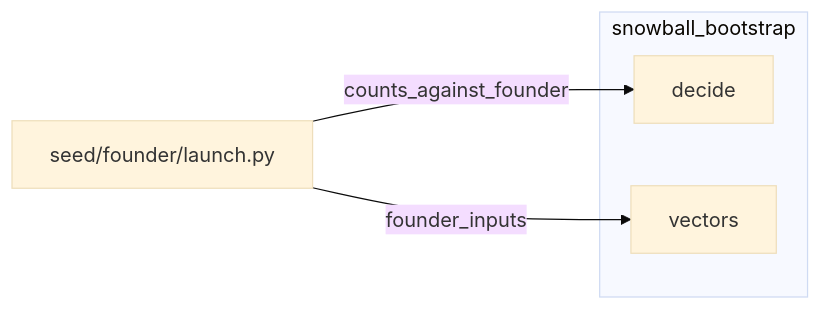
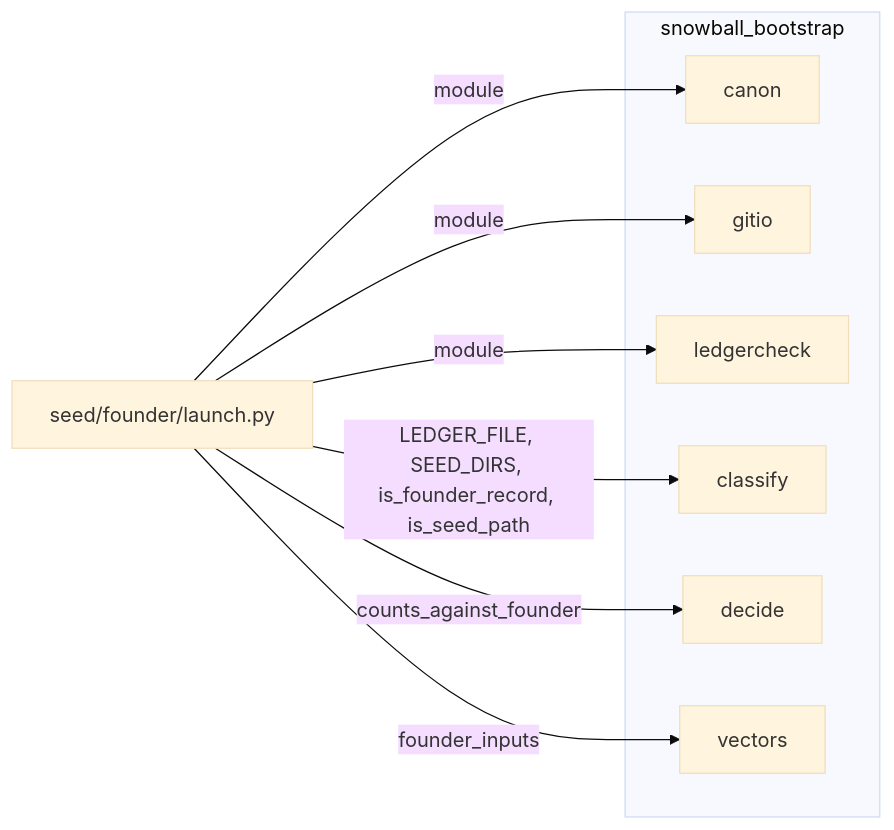
Before and after one commit to Okan-wqm/snowball-mcp: the eighth of 8 diagrams in docs/harita.md, drawn with Mermaid (base theme). The commit also changed other lines of this file and 11 other files, not shown here.

````diff
--- a/docs/harita.md
+++ b/docs/harita.md
@@ -355,10 +356,18 @@
 ```mermaid
 flowchart LR
   launcher["seed/founder/launch.py"]
   subgraph pkg["snowball_bootstrap"]
+    m_canon["canon"]
+    m_gitio["gitio"]
+    m_ledgercheck["ledgercheck"]
+    m_classify["classify"]
     m_decide["decide"]
     m_vectors["vectors"]
   end
+  launcher -->|module| m_canon
+  launcher -->|module| m_gitio
+  launcher -->|module| m_ledgercheck
+  launcher -->|LEDGER_FILE, SEED_DIRS, is_founder_record, is_seed_path| m_classify
   launcher -->|counts_against_founder| m_decide
   launcher -->|founder_inputs| m_vectors
 ```
````
